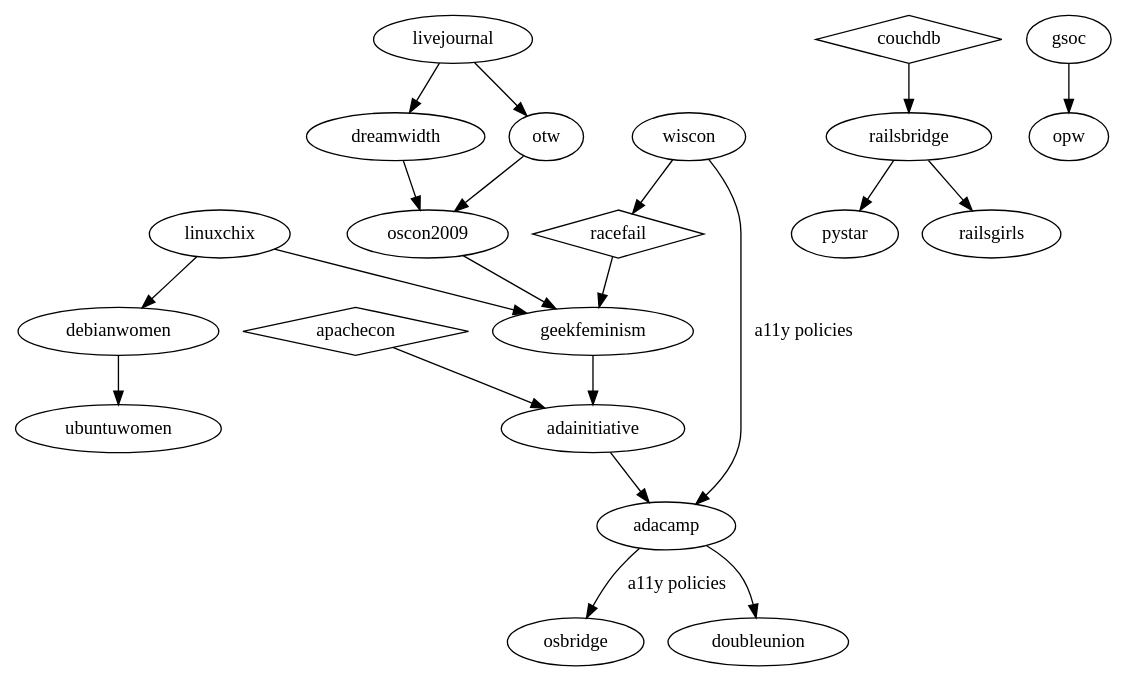
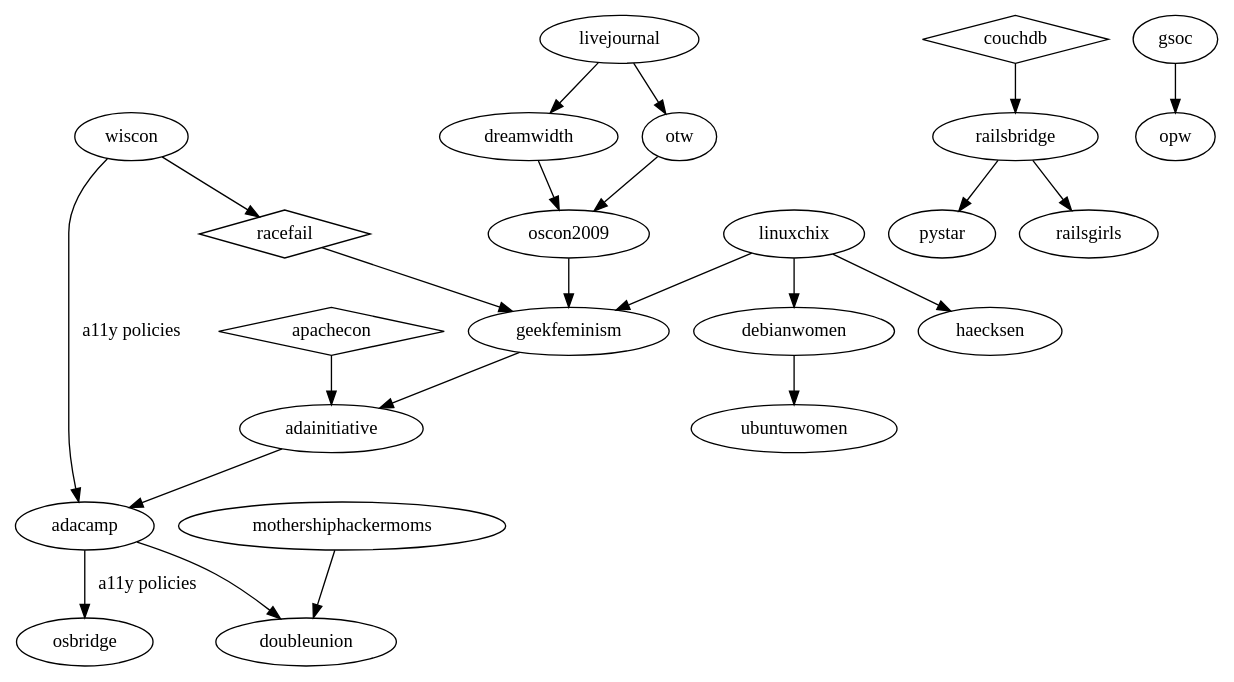
Before and after one commit to brainwane/gf-family-tree: the diagram in gfft.dot, drawn with Graphviz.

Commit message:
added haecksen and mothership hackermoms

```diff
--- a/gfft.dot
+++ b/gfft.dot
@@ -1,60 +1,65 @@
 digraph G {
 
   /*
      The following shapes are used for different types of things:
      oval = geek feminist/women-in-tech/etc organisation
      diamond = event/incident (cf. GF wiki "Timeline of Incidents")
   */
 
   /* Skud set up the GF wiki in 2008, mostly inspired by earlier "women
    * in open source" communities such as linuxchix */
   linuxchix -> geekfeminism;
 
   /* in 2009, Racefail introduced Skud and other GF wiki contributors to
    * a lot of new ideas */
   racefail -> geekfeminism;
   racefail [shape=diamond];
 
   /* in 2010, the Noirin Plunkett's assault at ApacheCon triggered
    * discussions about anti-harassment that would lead to the formation
    * of the Ada Initiative */
   apachecon -> adainitiative;
   apachecon [shape=diamond];
 
   geekfeminism -> adainitiative;
   adainitiative -> adacamp;
 
   /* Adacamp was inspired in some ways by Wiscon, eg. accessibility */
   wiscon -> adacamp [label="a11y policies"];
   /* and then open source bridge picked up some of that from adacamp */
   adacamp -> osbridge [label="a11y policies"];
 
   /* DoubleUnion came out of AdaCamp SF in 2012 */
   adacamp -> doubleunion;
+  /* pretty sure mothership hackermoms was also an inspiration? */
+  mothershiphackermoms -> doubleunion;
 
   /* Various early women-in-open-source mailing lists etc */
   linuxchix -> debianwomen;
   debianwomen -> ubuntuwomen;
+
+  /* LinuxChix inspired the Haecksen miniconf at LCA */
+  linuxchix -> haecksen;
 
   /* RailsBridge happened in response to the CouchDB incident at
    * GoGaRuCo */
   couchdb -> railsbridge;
   couchdb [shape=diamond];
   railsbridge -> pystar;
   railsbridge -> railsgirls;
 
   gsoc -> opw;
   wiscon -> racefail;
 
   /* Livejournal (esp. their fail) inspired DW and OTW */
   livejournal -> dreamwidth;
   livejournal -> otw;
 
   /* Dreamwidth and OTW inspired Skud's 2009 OSCON keynote */
   dreamwidth -> oscon2009;
   otw -> oscon2009;
 
   /* GF blog came out of the oscon2009 keynote, as a place to have
    * ongoing conversations */
   oscon2009 -> geekfeminism;
 }
```
